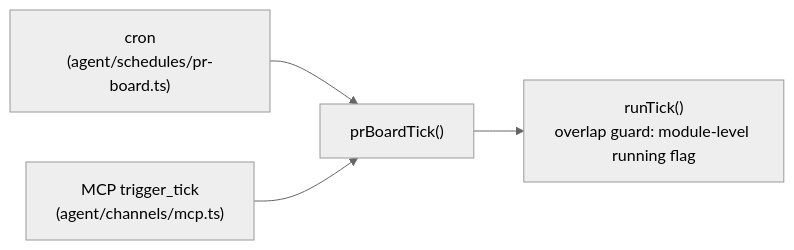
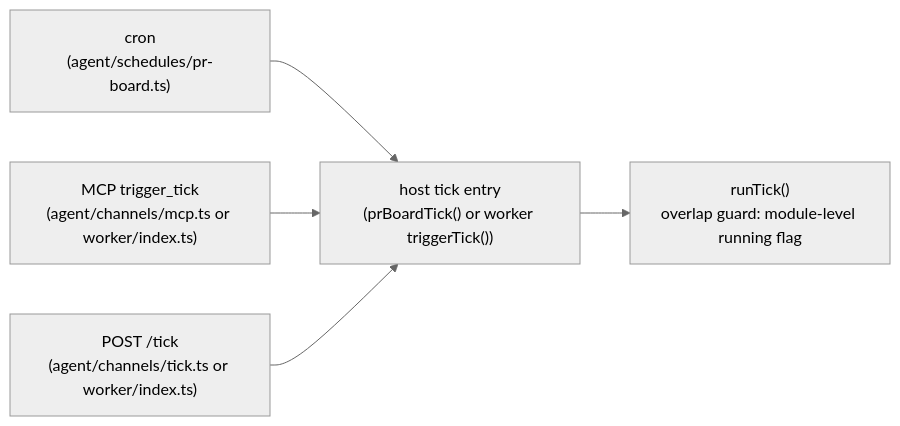
One commit to agentic-research/canonical-hours changed the second of 2 diagrams in docs/ARCHITECTURE.md. Above: the diagram before and after it, drawn with Mermaid (neutral theme). The commit also changed other lines of this file and 1 other file, not shown here.

Commit message:
[canonical-hours-a845f6] docs(architecture): align worker host state

````diff
--- a/docs/ARCHITECTURE.md
+++ b/docs/ARCHITECTURE.md
@@ -439,11 +441,13 @@
 ```mermaid
 graph LR
     CRON["cron<br/>(agent/schedules/pr-board.ts)"]
-    MCP["MCP trigger_tick<br/>(agent/channels/mcp.ts)"]
-    ENTRY["prBoardTick()"]
+    MCP["MCP trigger_tick<br/>(agent/channels/mcp.ts or worker/index.ts)"]
+    REST["POST /tick<br/>(agent/channels/tick.ts or worker/index.ts)"]
+    ENTRY["host tick entry<br/>(prBoardTick() or worker triggerTick())"]
     TICK["runTick()<br/>overlap guard: module-level running flag"]
 
     CRON --> ENTRY
     MCP --> ENTRY
+    REST --> ENTRY
     ENTRY --> TICK
 ```
````
